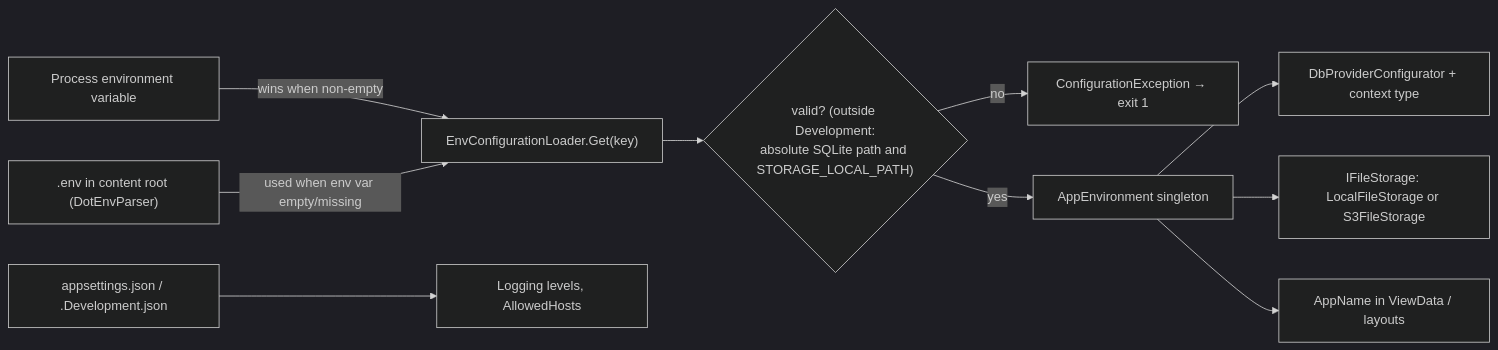
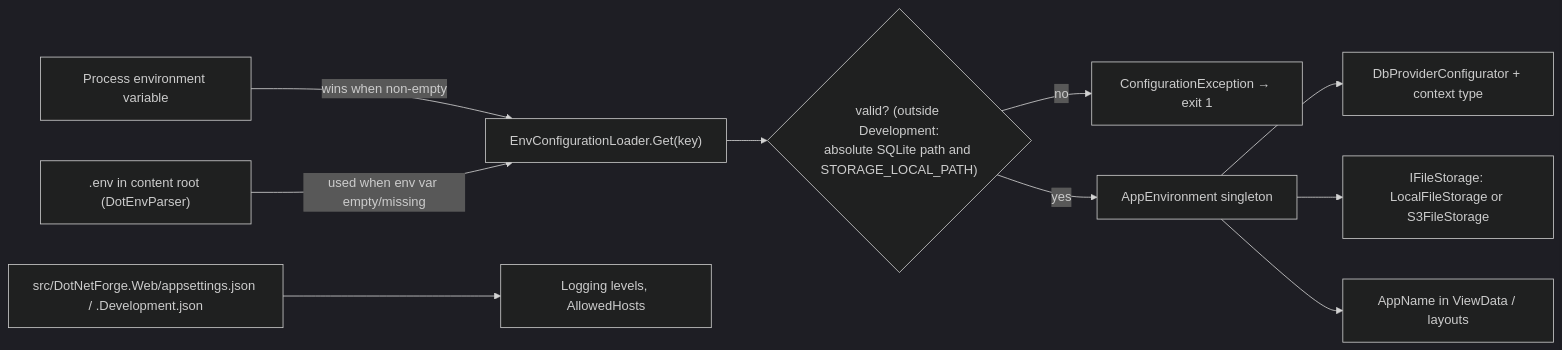
One commit to Albadit/DotNetForge changed diagram 12 of 12 in .docs/architecture/data-flow.md. Above: the diagram before and after it, drawn with Mermaid (dark theme). The commit also changed other lines of this file and 77 other files, not shown here.

````diff
--- a/.docs/architecture/data-flow.md
+++ b/.docs/architecture/data-flow.md
@@ -412,12 +412,12 @@
 ```mermaid
 flowchart LR
     EnvVar["Process environment variable"] -- "wins when non-empty" --> Get["EnvConfigurationLoader.Get(key)"]
     File[".env in content root (DotEnvParser)"] -- "used when env var empty/missing" --> Get
     Get --> Validate{"valid? (outside Development:<br/>absolute SQLite path and STORAGE_LOCAL_PATH)"}
     Validate -- no --> Ex["ConfigurationException → exit 1"]
     Validate -- yes --> AE["AppEnvironment singleton"]
     AE --> DbCfg["DbProviderConfigurator + context type"]
     AE --> Storage["IFileStorage: LocalFileStorage or S3FileStorage"]
     AE --> Views["AppName in ViewData / layouts"]
-    AppSettings["appsettings.json / .Development.json"] --> Logging["Logging levels, AllowedHosts"]
+    AppSettings["src/DotNetForge.Web/appsettings.json / .Development.json"] --> Logging["Logging levels, AllowedHosts"]
 ```
````
